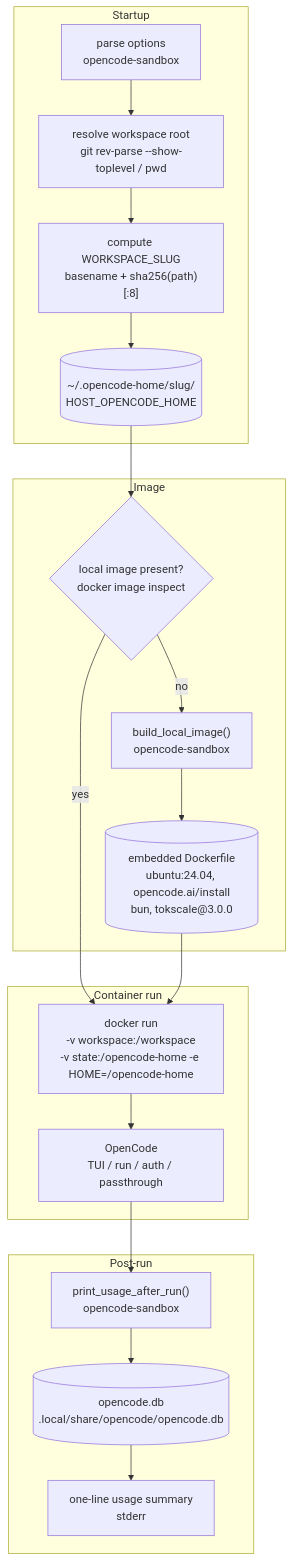
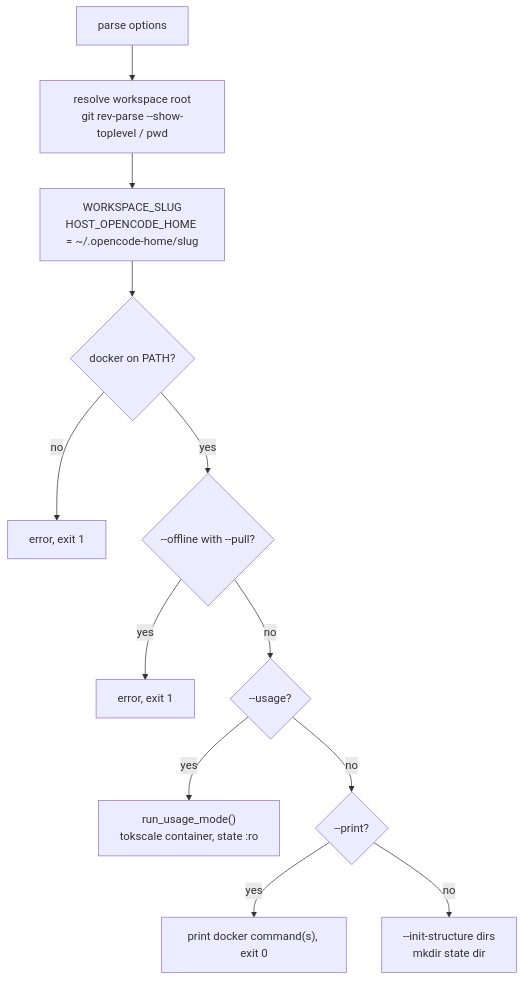
Before and after one commit to LanNguyenSi/opencode-sandbox: the first of 3 diagrams in docs/architecture.md, drawn with Mermaid. The commit also changed other lines of this file and 6 other files, not shown here.

First line of the commit message:
docs: correct the architecture, configuration and troubleshooting docs against the wrapper (#18)

````diff
--- a/docs/architecture.md
+++ b/docs/architecture.md
@@ -9,35 +11,14 @@
 ```mermaid
 flowchart TD
-    subgraph startup ["Startup"]
-        A["parse options<br/>opencode-sandbox"]
-        B["resolve workspace root<br/>git rev-parse --show-toplevel / pwd"]
-        C["compute WORKSPACE_SLUG<br/>basename + sha256(path)[:8]"]
-        D[("~/.opencode-home/slug/<br/>HOST_OPENCODE_HOME")]
-        A --> B --> C --> D
-    end
-
-    subgraph image ["Image"]
-        E{"local image present?<br/>docker image inspect"}
-        F["build_local_image()<br/>opencode-sandbox"]
-        G[("embedded Dockerfile<br/>ubuntu:24.04, opencode.ai/install<br/>bun, tokscale@3.0.0")]
-        E -- no --> F --> G
-    end
-
-    subgraph container ["Container run"]
-        H["docker run<br/>-v workspace:/workspace<br/>-v state:/opencode-home -e HOME=/opencode-home"]
-        I["OpenCode<br/>TUI / run / auth / passthrough"]
-        H --> I
-    end
-
-    subgraph postrun ["Post-run"]
-        J["print_usage_after_run()<br/>opencode-sandbox"]
-        K[("opencode.db<br/>.local/share/opencode/opencode.db")]
-        L["one-line usage summary<br/>stderr"]
-        J --> K --> L
-    end
-
-    D --> E
-    E -- yes --> H
-    G --> H
-    I --> J
+    A["parse options"] --> B["resolve workspace root<br/>git rev-parse --show-toplevel / pwd"]
+    B --> C["WORKSPACE_SLUG<br/>HOST_OPENCODE_HOME = ~/.opencode-home/slug"]
+    C --> D{"docker on PATH?"}
+    D -- no --> D1["error, exit 1"]
+    D -- yes --> OP{"--offline with --pull?"}
+    OP -- yes --> OP1["error, exit 1"]
+    OP -- no --> U{"--usage?"}
+    U -- yes --> UM["run_usage_mode()<br/>tokscale container, state :ro"]
+    U -- no --> P{"--print?"}
+    P -- yes --> PO["print docker command(s), exit 0"]
+    P -- no --> M["--init-structure dirs<br/>mkdir state dir"]
 ```
````
